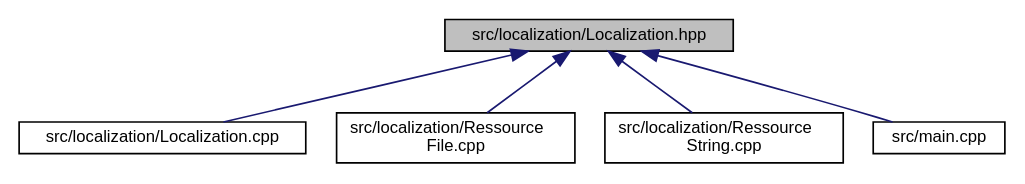
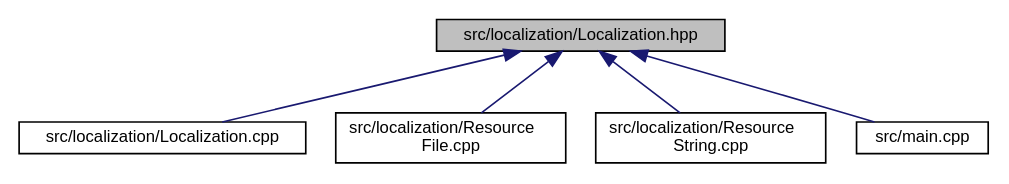
One commit to MisterPeModder/Bomberman-Global-Offensive changed the diagram in _localization_8hpp__dep__incl.dot. Above: the diagram before and after it, drawn with Graphviz. The commit also changed 348 other files, not shown here.

```diff
--- a/_localization_8hpp__dep__incl.dot
+++ b/_localization_8hpp__dep__incl.dot
@@ -1,15 +1,15 @@
 digraph "src/localization/Localization.hpp"
 {
  // LATEX_PDF_SIZE
   edge [fontname="Helvetica",fontsize="10",labelfontname="Helvetica",labelfontsize="10"];
   node [fontname="Helvetica",fontsize="10",shape=record];
   Node1 [label="src/localization/Localization.hpp",height=0.2,width=0.4,color="black", fillcolor="grey75", style="filled", fontcolor="black",tooltip=" "];
   Node1 -> Node2 [dir="back",color="midnightblue",fontsize="10",style="solid",fontname="Helvetica"];
   Node2 [label="src/localization/Localization.cpp",height=0.2,width=0.4,color="black", fillcolor="white", style="filled",URL="$_localization_8cpp.html",tooltip=" "];
   Node1 -> Node3 [dir="back",color="midnightblue",fontsize="10",style="solid",fontname="Helvetica"];
-  Node3 [label="src/localization/Ressource\lFile.cpp",height=0.2,width=0.4,color="black", fillcolor="white", style="filled",URL="$_ressource_file_8cpp.html",tooltip=" "];
+  Node3 [label="src/localization/Resource\lFile.cpp",height=0.2,width=0.4,color="black", fillcolor="white", style="filled",URL="$_resource_file_8cpp.html",tooltip=" "];
   Node1 -> Node4 [dir="back",color="midnightblue",fontsize="10",style="solid",fontname="Helvetica"];
-  Node4 [label="src/localization/Ressource\lString.cpp",height=0.2,width=0.4,color="black", fillcolor="white", style="filled",URL="$_ressource_string_8cpp.html",tooltip=" "];
+  Node4 [label="src/localization/Resource\lString.cpp",height=0.2,width=0.4,color="black", fillcolor="white", style="filled",URL="$_resource_string_8cpp.html",tooltip=" "];
   Node1 -> Node5 [dir="back",color="midnightblue",fontsize="10",style="solid",fontname="Helvetica"];
   Node5 [label="src/main.cpp",height=0.2,width=0.4,color="black", fillcolor="white", style="filled",URL="$main_8cpp.html",tooltip=" "];
 }
```
